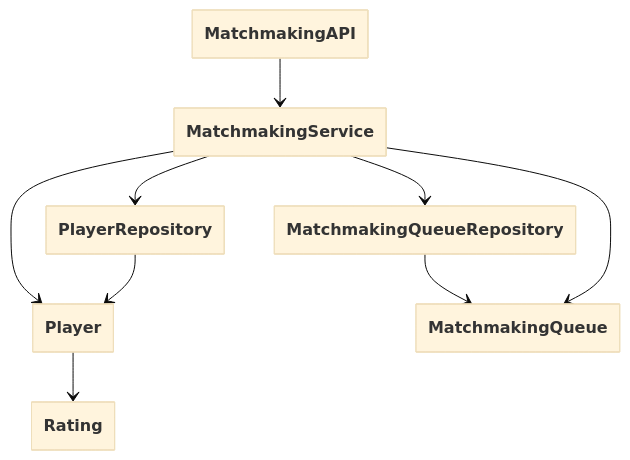
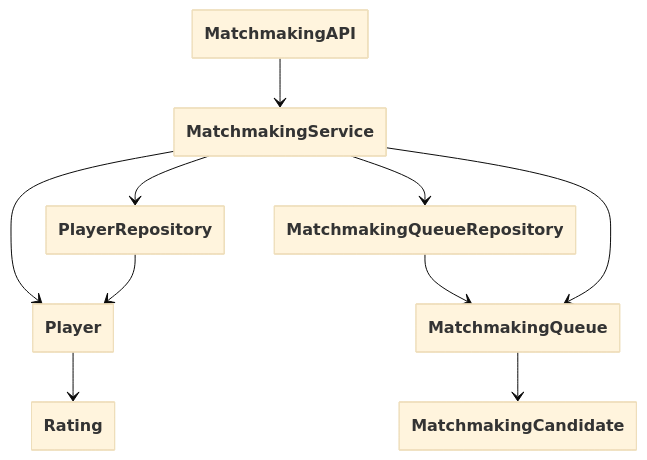
Before and after one commit to AndreaB2000/ASW-project: the fifth of 7 diagrams in docs/report.md, drawn with Mermaid (base theme).

Commit message:
docs: add matchmaking candidate to report uml

````diff
--- a/docs/report.md
+++ b/docs/report.md
@@ -416,25 +416,27 @@
 ```mermaid
 ---
   config:
     class:
       hideEmptyMembersBox: true
 ---
 
 classDiagram
     class MatchmakingAPI
     class MatchmakingService
     class Player
     class Rating
     class PlayerRepository
     class MatchmakingQueueRepository
     class MatchmakingQueue
+    class MatchmakingCandidate
 
     MatchmakingAPI --> MatchmakingService
     MatchmakingService --> Player
     MatchmakingService --> PlayerRepository
     PlayerRepository --> Player
     Player --> Rating
     MatchmakingService --> MatchmakingQueueRepository
     MatchmakingQueueRepository --> MatchmakingQueue
     MatchmakingService --> MatchmakingQueue
+    MatchmakingQueue --> MatchmakingCandidate
 ```
````
